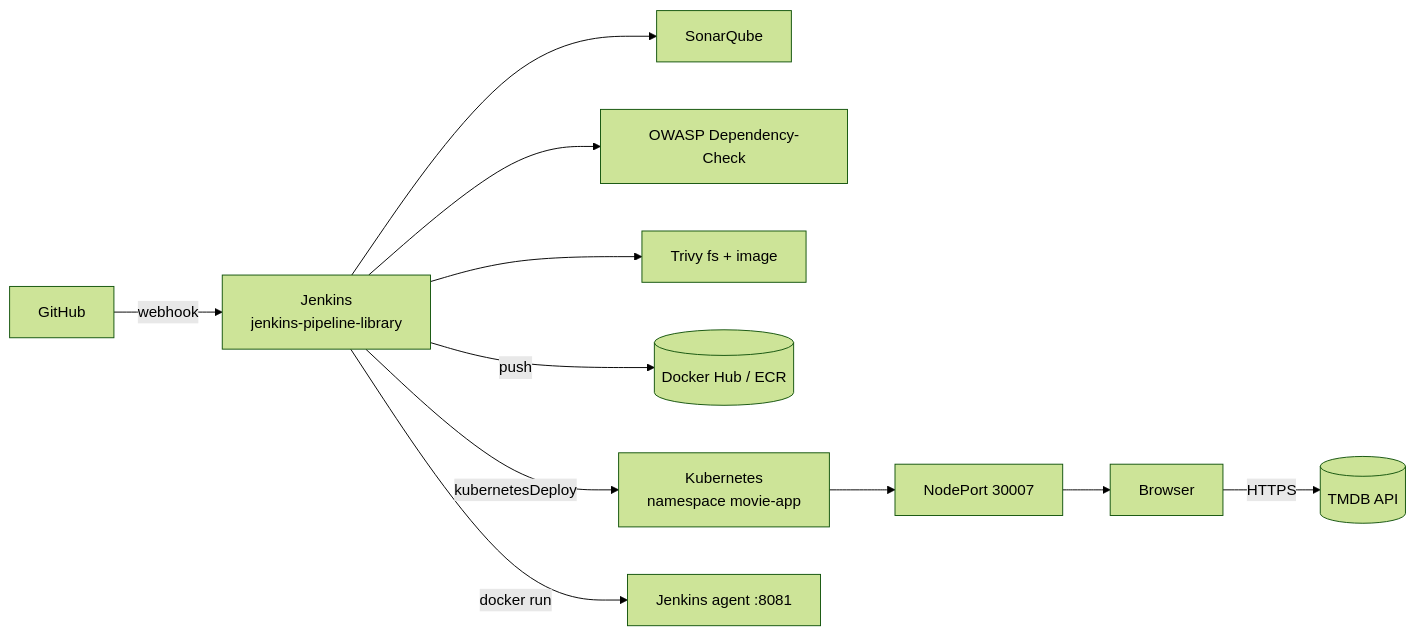
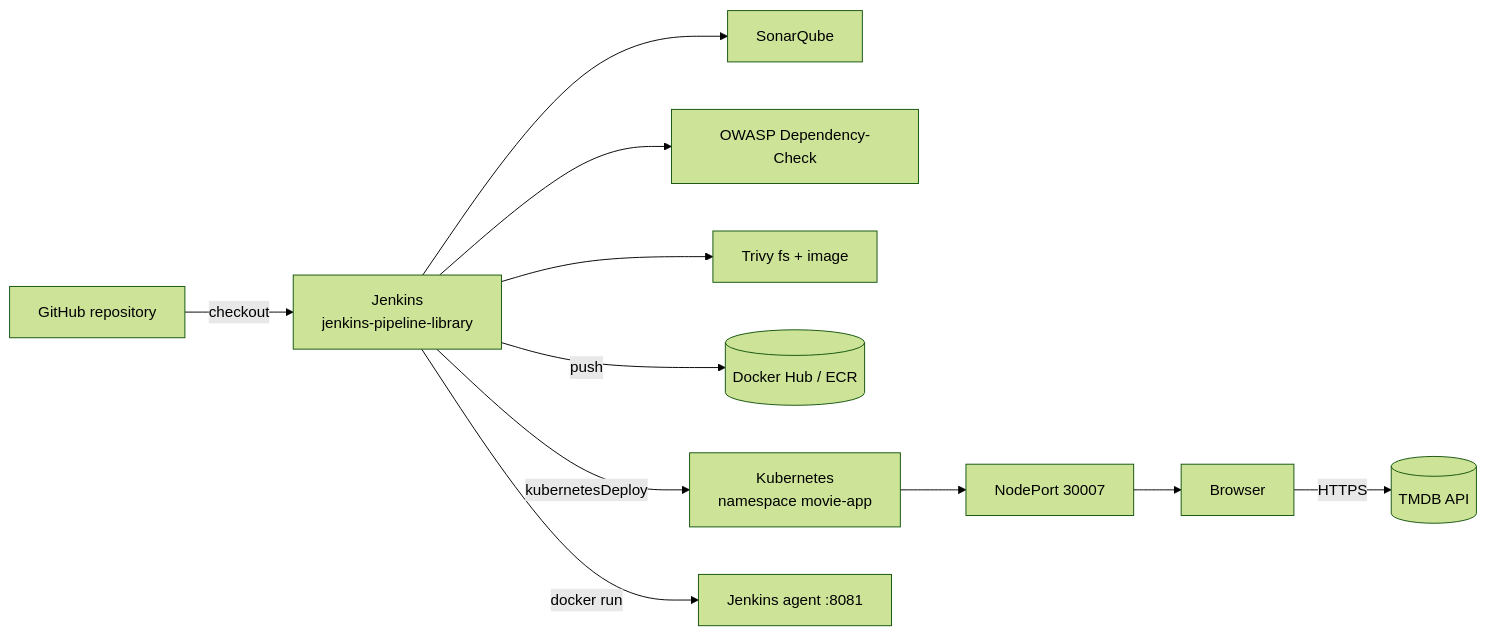
Before and after one commit to ElloughWassim/devsecops-jenkins-trivy-sonarqube: the diagram in README.md, drawn with Mermaid (forest theme). The commit also changed other lines of this file, not shown here.

````diff
--- a/README.md
+++ b/README.md
@@ -35,12 +54,12 @@
 ```mermaid
 flowchart LR
-    GH[GitHub] -->|webhook| J[Jenkins<br/>jenkins-pipeline-library]
+    GH[GitHub repository] -->|checkout| J[Jenkins<br/>jenkins-pipeline-library]
     J --> SQ[SonarQube]
     J --> DC[OWASP Dependency-Check]
     J --> TV[Trivy fs + image]
     J -->|push| REG[(Docker Hub / ECR)]
     J -->|kubernetesDeploy| K8S[Kubernetes<br/>namespace movie-app]
     J -->|docker run| AG[Jenkins agent :8081]
     K8S --> SVC[NodePort 30007] --> U[Browser]
     U -->|HTTPS| TMDB[(TMDB API)]
 ```
````
